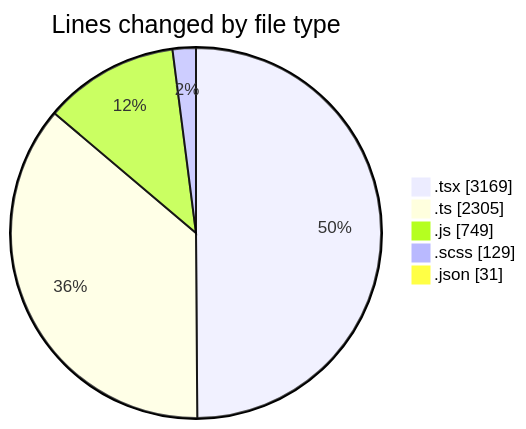
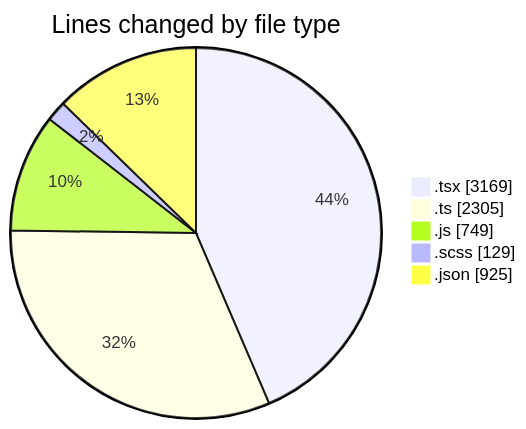
One commit to momahboobian/code-tracking changed the first of 2 diagrams in 2026-06-15/cda/README.md. Above: the diagram before and after it, drawn with Mermaid. The commit also changed other lines of this file and 1 other file, not shown here.

````diff
--- a/2026-06-15/cda/README.md
+++ b/2026-06-15/cda/README.md
@@ -60,9 +61,9 @@
 ```mermaid
 pie showData
 title Lines changed by file type
 ".tsx" : 3169
 ".ts" : 2305
 ".js" : 749
 ".scss" : 129
-".json" : 31
+".json" : 925
 ```
````
